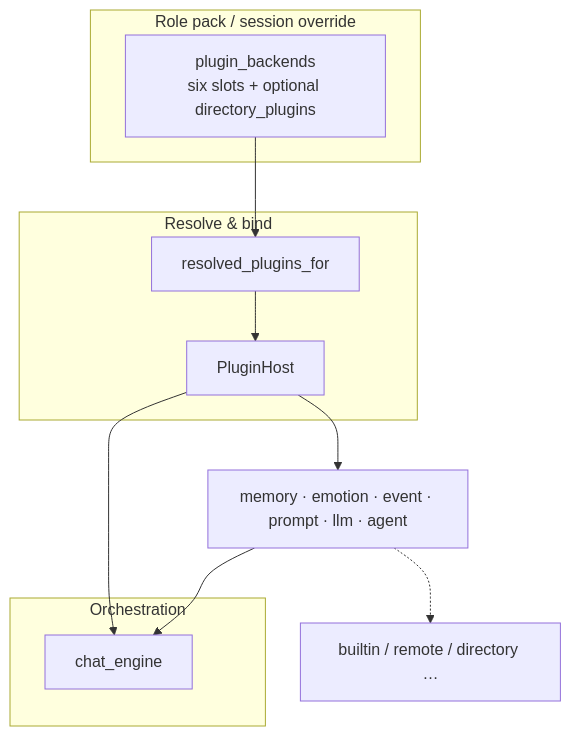
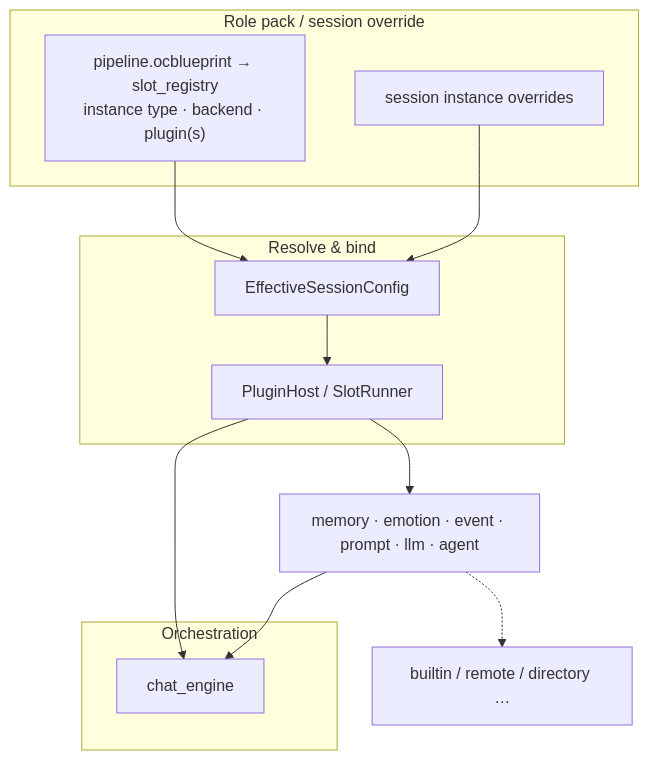
Before and after one commit to linkaiheng2233-cyber/oclivenewnew: the diagram in creator-docs-en/plugin-and-architecture/CREATOR_PLUGIN_ARCHITECTURE.md, drawn with Mermaid. The commit also changed other lines of this file and 231 other files, not shown here.

Commit message:
docs(architecture): align project around tool kernel

````diff
--- a/creator-docs-en/plugin-and-architecture/CREATOR_PLUGIN_ARCHITECTURE.md
+++ b/creator-docs-en/plugin-and-architecture/CREATOR_PLUGIN_ARCHITECTURE.md
@@ -22,17 +22,20 @@
 ```mermaid
 flowchart TB
   subgraph pack["Role pack / session override"]
-    PB["plugin_backends<br/>six slots + optional directory_plugins"]
+    BP["pipeline.ocblueprint → slot_registry<br/>instance type · backend · plugin(s)"]
+    SO["session instance overrides"]
   end
   subgraph resolve["Resolve & bind"]
-    RPF["resolved_plugins_for"]
-    PH["PluginHost"]
+    EFF["EffectiveSessionConfig"]
+    PH["PluginHost / SlotRunner"]
   end
   subgraph orch["Orchestration"]
     CE["chat_engine"]
   end
-  PB --> RPF --> PH --> CE
+  BP --> EFF
+  SO --> EFF
+  EFF --> PH --> CE
   PH --> S["memory · emotion · event · prompt · llm · agent"]
   S --> CE
   S -.-> I["builtin / remote / directory …"]
 ```
````
